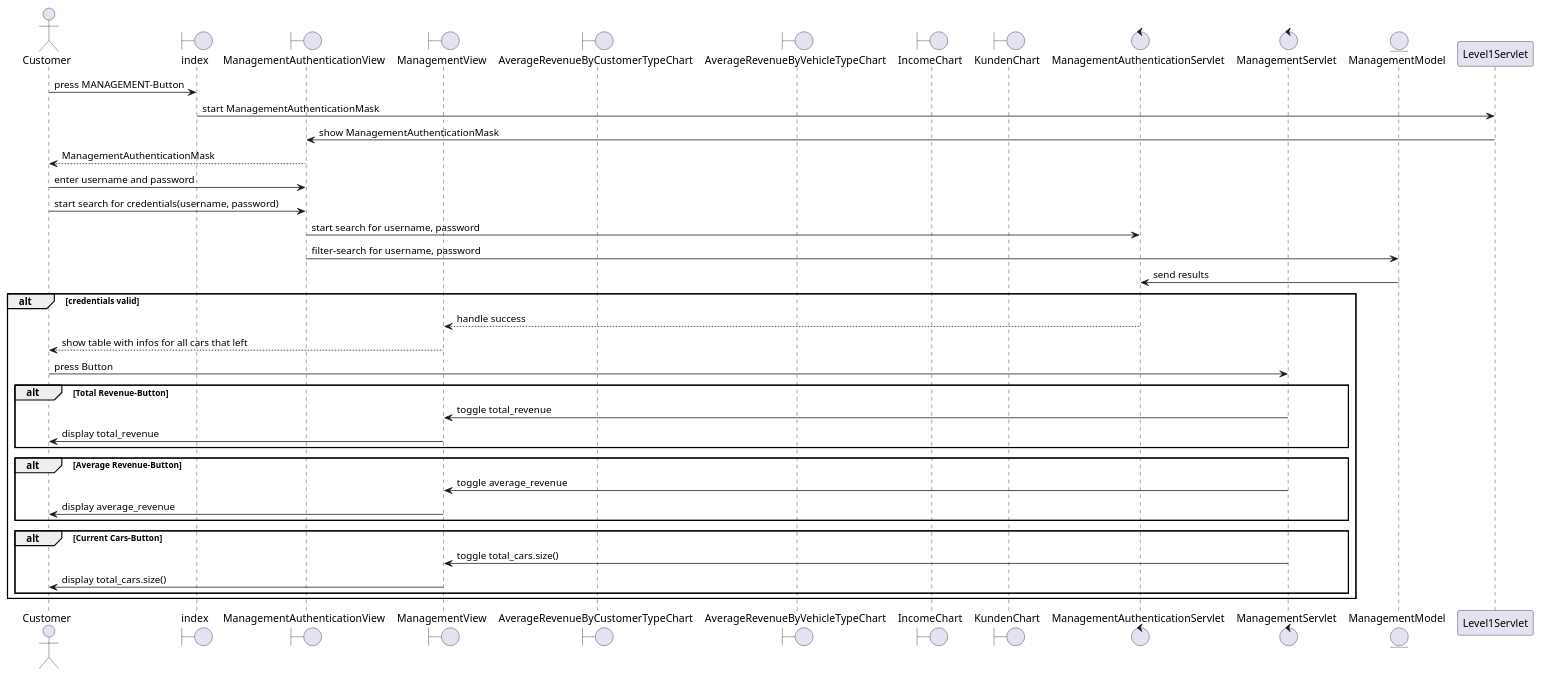
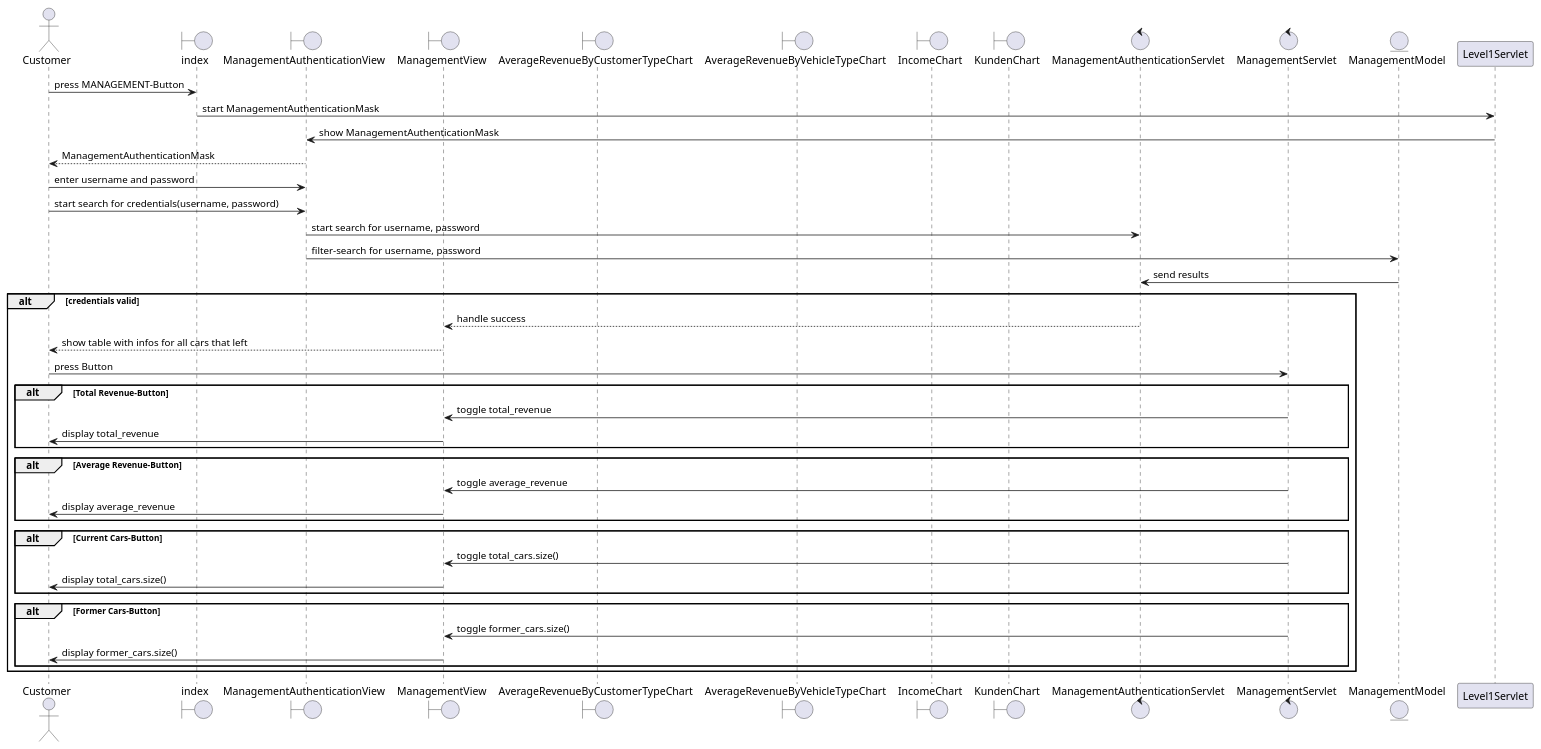
One commit to 1nbetw33n/Parkhaus_new changed the diagram in src/main/parkhaus-project/Parkhaus/java/Planung/DIAGRAMS/sd_Management.puml. Above: the diagram before and after it, drawn with PlantUML.

Commit message:
Added Former Cars Button

```diff
--- a/src/main/parkhaus-project/Parkhaus/java/Planung/DIAGRAMS/sd_Management.puml
+++ b/src/main/parkhaus-project/Parkhaus/java/Planung/DIAGRAMS/sd_Management.puml
@@ -1,44 +1,47 @@
 @startuml
 'https://plantuml.com/sequence-diagram
 actor Customer
 boundary index
 boundary ManagementAuthenticationView
 boundary ManagementView
 boundary AverageRevenueByCustomerTypeChart
 boundary AverageRevenueByVehicleTypeChart
 boundary IncomeChart
 boundary KundenChart
 control ManagementAuthenticationServlet
 control ManagementServlet
 entity ManagementModel
 Customer -> index : press MANAGEMENT-Button
 index -> Level1Servlet : start ManagementAuthenticationMask
 Level1Servlet -> ManagementAuthenticationView : show ManagementAuthenticationMask
 ManagementAuthenticationView --> Customer : ManagementAuthenticationMask
 Customer -> ManagementAuthenticationView : enter username and password
 Customer -> ManagementAuthenticationView : start search for credentials(username, password)
 ManagementAuthenticationView -> ManagementAuthenticationServlet : start search for username, password
 ManagementAuthenticationView -> ManagementModel : filter-search for username, password
 ManagementModel -> ManagementAuthenticationServlet : send results
 alt credentials valid
     ManagementAuthenticationServlet --> ManagementView : handle success
     ManagementView --> Customer : show table with infos for all cars that left
     Customer -> ManagementServlet : press Button
     alt Total Revenue-Button
         ManagementServlet -> ManagementView : toggle total_revenue
         ManagementView -> Customer : display total_revenue
     end
     alt Average Revenue-Button
         ManagementServlet -> ManagementView : toggle average_revenue
         ManagementView -> Customer : display average_revenue
     end
     alt Current Cars-Button
         ManagementServlet -> ManagementView : toggle total_cars.size()
         ManagementView -> Customer : display total_cars.size()
     end
-
+    alt Former Cars-Button
+        ManagementServlet -> ManagementView : toggle former_cars.size()
+        ManagementView -> Customer : display former_cars.size()
+    end
 
 end
 
 
 @enduml
```
